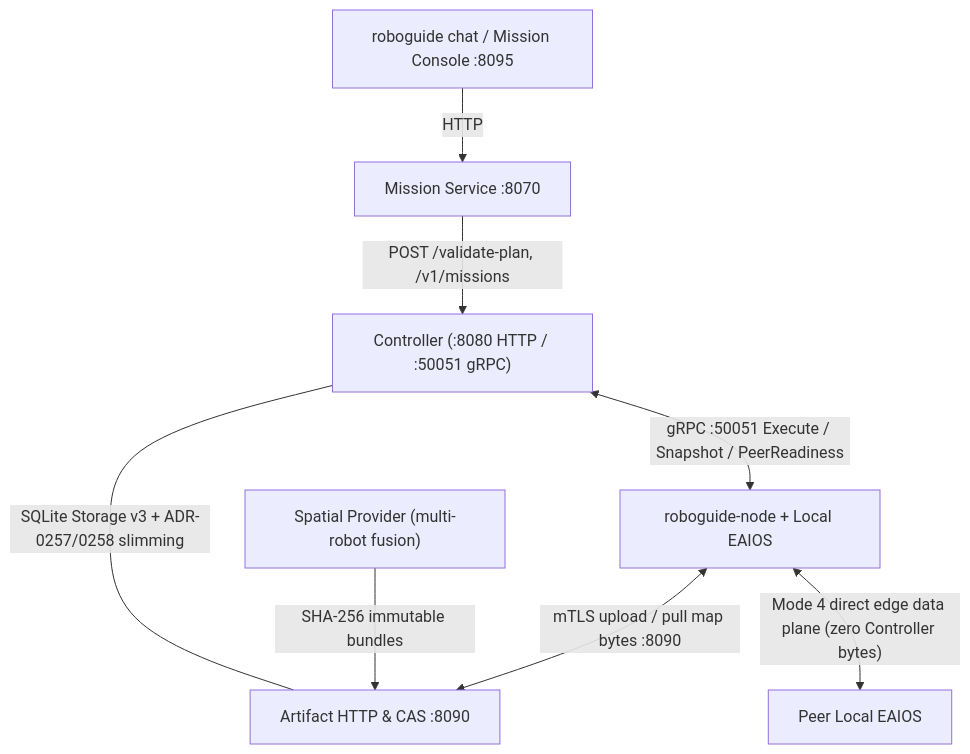
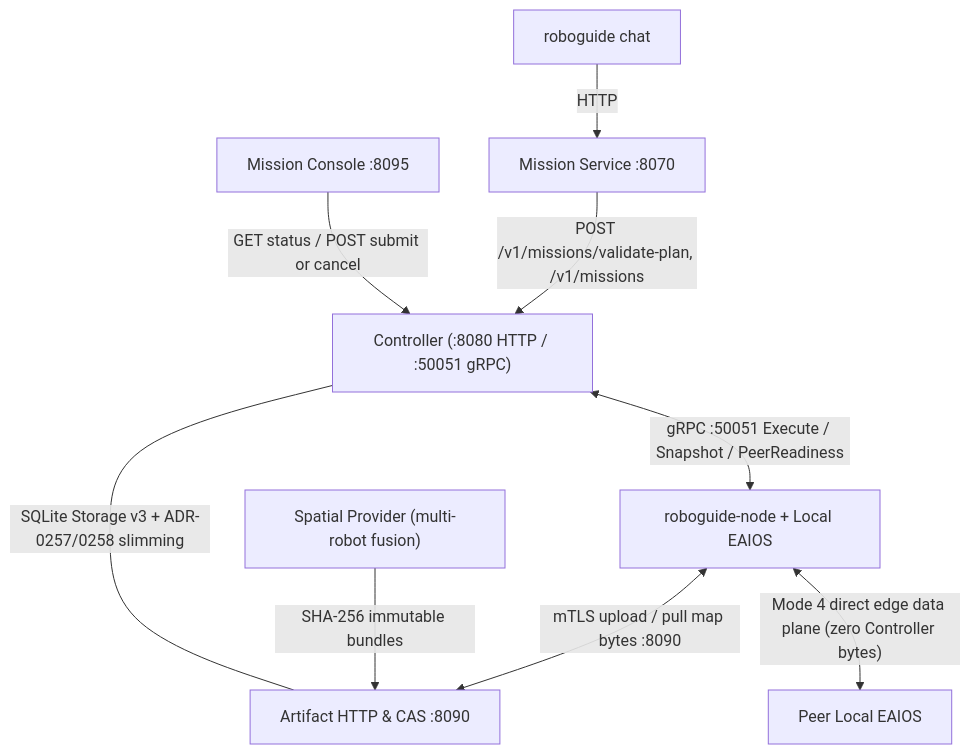
The second of 2 diagrams in website/pages/architecture-tour.en.md (Farewell-CK/RoboGuide), drawn with Mermaid before and after one commit. The commit also changed other lines of this file and 8 other files, not shown here.

````diff
--- a/website/pages/architecture-tour.en.md
+++ b/website/pages/architecture-tour.en.md
@@ -81,10 +81,11 @@
 ```mermaid
 flowchart TB
-  CHAT["roboguide chat / Mission Console :8095"] -->|"HTTP"| MS["Mission Service :8070"]
-  MS -->|"POST /validate-plan, /v1/missions"| CTRL["Controller (:8080 HTTP / :50051 gRPC)"]
+  CHAT["roboguide chat"] -->|"HTTP"| MS["Mission Service :8070"]
+  CON["Mission Console :8095"] -->|"GET status / POST submit or cancel"| CTRL
+  MS -->|"POST /v1/missions/validate-plan, /v1/missions"| CTRL["Controller (:8080 HTTP / :50051 gRPC)"]
   CTRL ---|"SQLite Storage v3 + ADR-0257/0258 slimming"| CAS["Artifact HTTP & CAS :8090"]
   SP["Spatial Provider (multi-robot fusion)"] -->|"SHA-256 immutable bundles"| CAS
   CTRL <-->|"gRPC :50051 Execute / Snapshot / PeerReadiness"| NODE["roboguide-node + Local EAIOS"]
   NODE <-->|"mTLS upload / pull map bytes :8090"| CAS
   NODE <-->|"Mode 4 direct edge data plane (zero Controller bytes)"| PEER["Peer Local EAIOS"]
 ```
````
